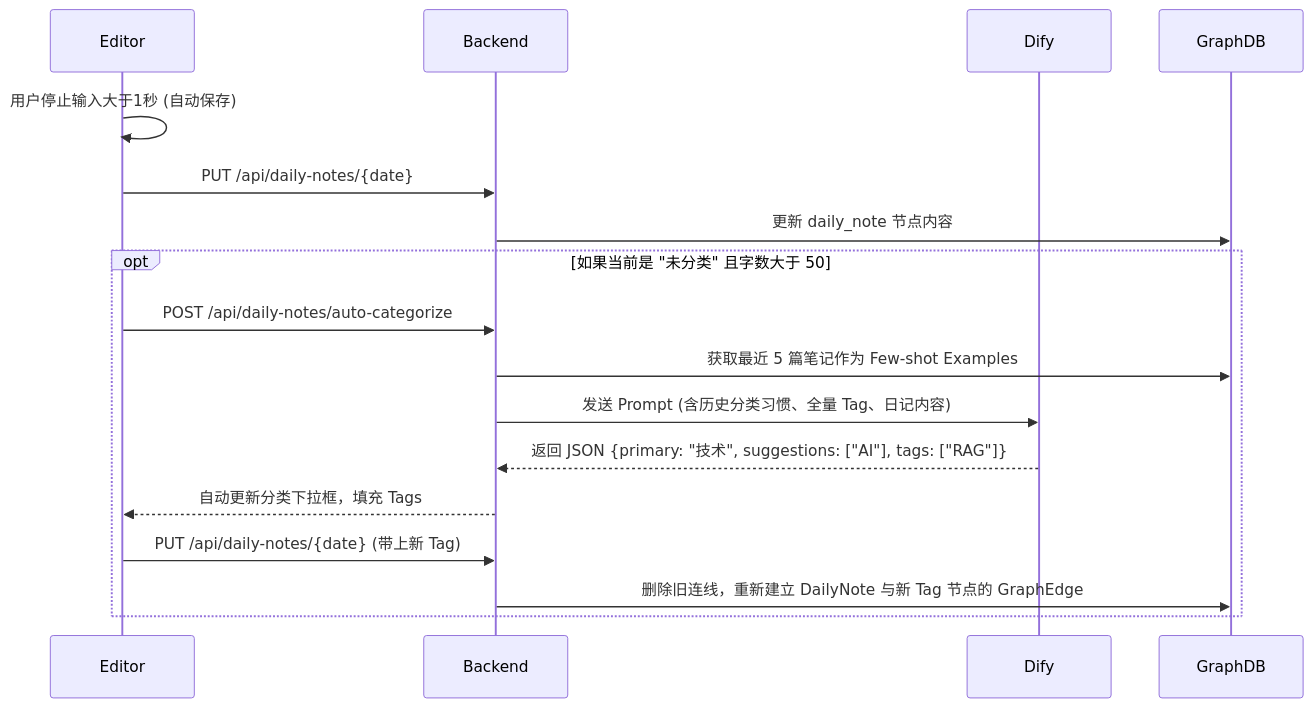
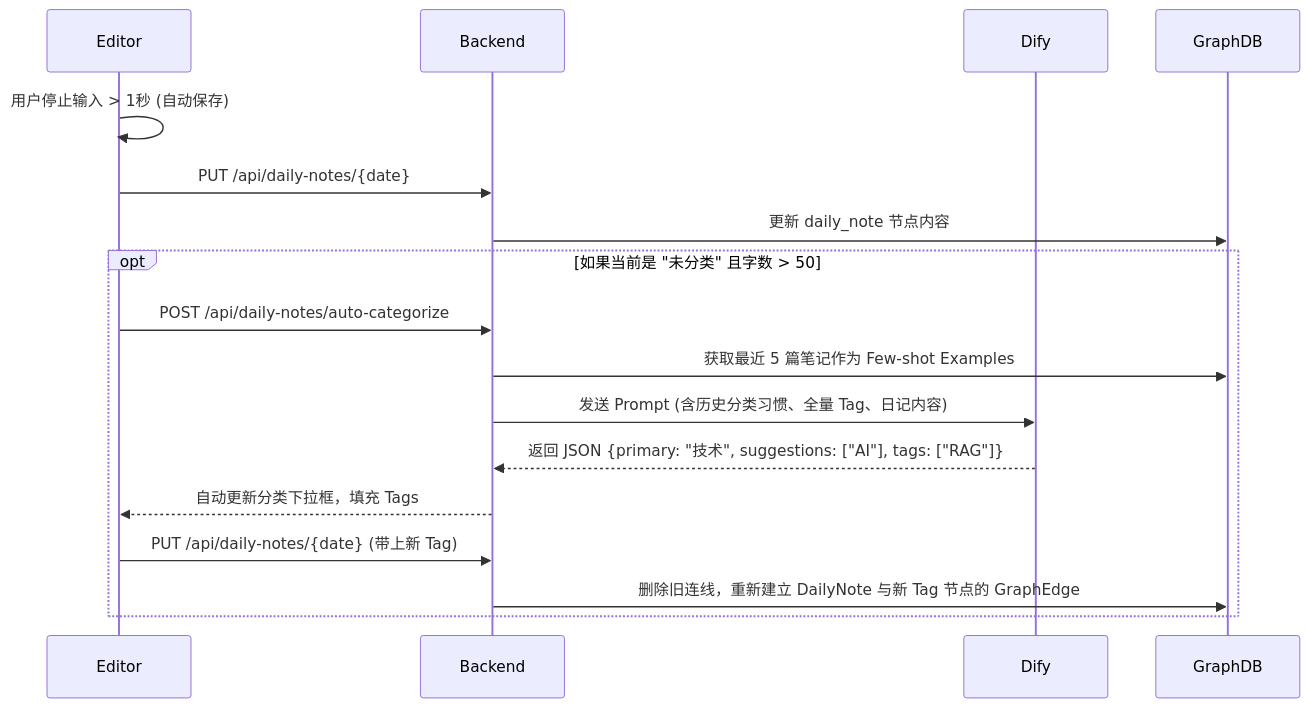
One commit to lisongjianustc/InsightGraph changed the third of 7 diagrams in Project_Documentation.md. Above: the diagram before and after it, drawn with Mermaid. The commit also changed other lines of this file and 1 other file, not shown here.

Commit message:
docs: rigorously fix mermaid diagram parsing errors by enforcing strict string quoting for node IDs, edge labels, and subgraph titles

````diff
--- a/Project_Documentation.md
+++ b/Project_Documentation.md
@@ -144,21 +144,21 @@
 ```mermaid
 sequenceDiagram
     participant Editor
     participant Backend
     participant Dify
     participant GraphDB
 
-    Editor->>Editor: 用户停止输入大于1秒 (自动保存)
+    Editor->>Editor: 用户停止输入 > 1秒 (自动保存)
     Editor->>Backend: PUT /api/daily-notes/{date}
     Backend->>GraphDB: 更新 daily_note 节点内容
     
-    opt 如果当前是 "未分类" 且字数大于 50
+    opt 如果当前是 "未分类" 且字数 > 50
         Editor->>Backend: POST /api/daily-notes/auto-categorize
         Backend->>GraphDB: 获取最近 5 篇笔记作为 Few-shot Examples
         Backend->>Dify: 发送 Prompt (含历史分类习惯、全量 Tag、日记内容)
         Dify-->>Backend: 返回 JSON {primary: "技术", suggestions: ["AI"], tags: ["RAG"]}
         Backend-->>Editor: 自动更新分类下拉框，填充 Tags
         Editor->>Backend: PUT /api/daily-notes/{date} (带上新 Tag)
         Backend->>GraphDB: 删除旧连线，重新建立 DailyNote 与新 Tag 节点的 GraphEdge
     end
 ```
````
